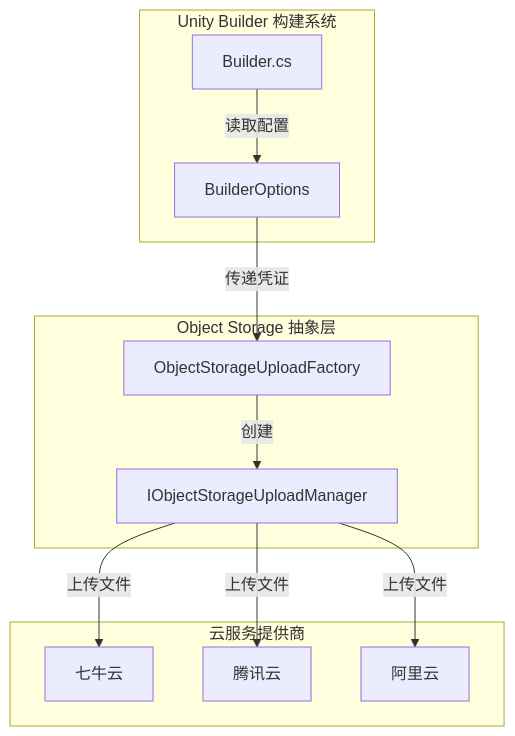
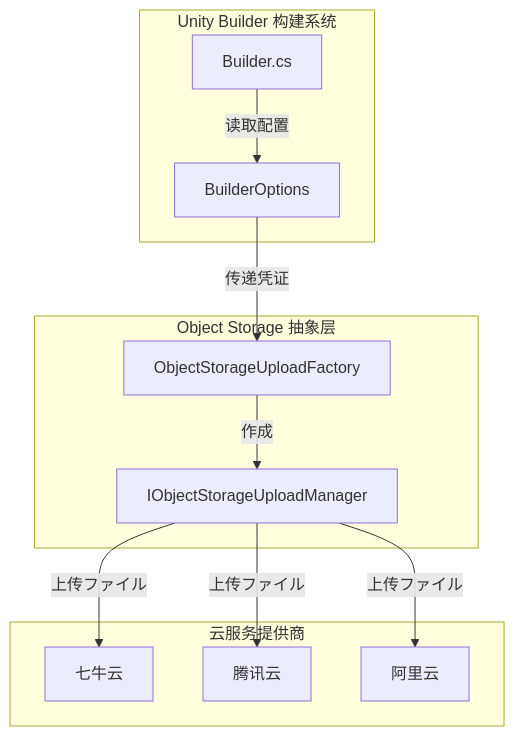
The first of 2 diagrams in docs/ja/client/unity/component/builder/06.object-storage.md (AlianBlank/GameFrameX.Docs), drawn with Mermaid before and after one commit. The commit also changed other lines of this file and 603 other files, not shown here.

````diff
--- a/docs/ja/client/unity/component/builder/06.object-storage.md
+++ b/docs/ja/client/unity/component/builder/06.object-storage.md
@@ -22,25 +22,25 @@
 ```mermaid
 flowchart TD
     subgraph Builder["Unity Builder 构建系统"]
         B[Builder.cs]
         BO[BuilderOptions]
     end
 
     subgraph ObjectStorage["Object Storage 抽象层"]
         Factory[ObjectStorageUploadFactory]
         Manager[ IObjectStorageUploadManager]
     end
 
     subgraph CloudProviders["云服务提供商"]
         QC[七牛云]
         TC[腾讯云]
         AL[阿里云]
     end
 
     B -->|读取配置| BO
     BO -->|传递凭证| Factory
-    Factory -->|创建| Manager
-    Manager -->|上传文件| QC
-    Manager -->|上传文件| TC
-    Manager -->|上传文件| AL
+    Factory -->|作成| Manager
+    Manager -->|上传ファイル| QC
+    Manager -->|上传ファイル| TC
+    Manager -->|上传ファイル| AL
 ```
````
